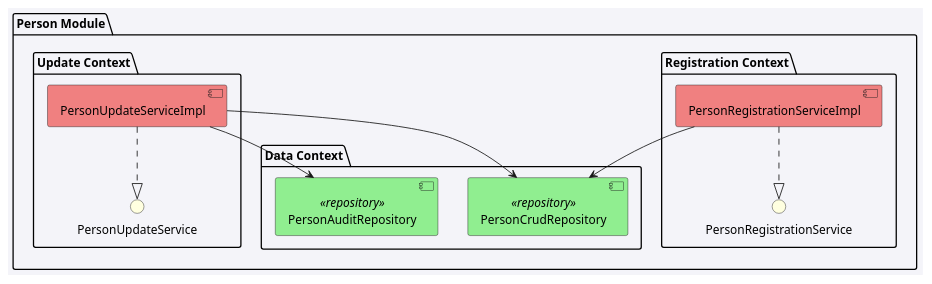
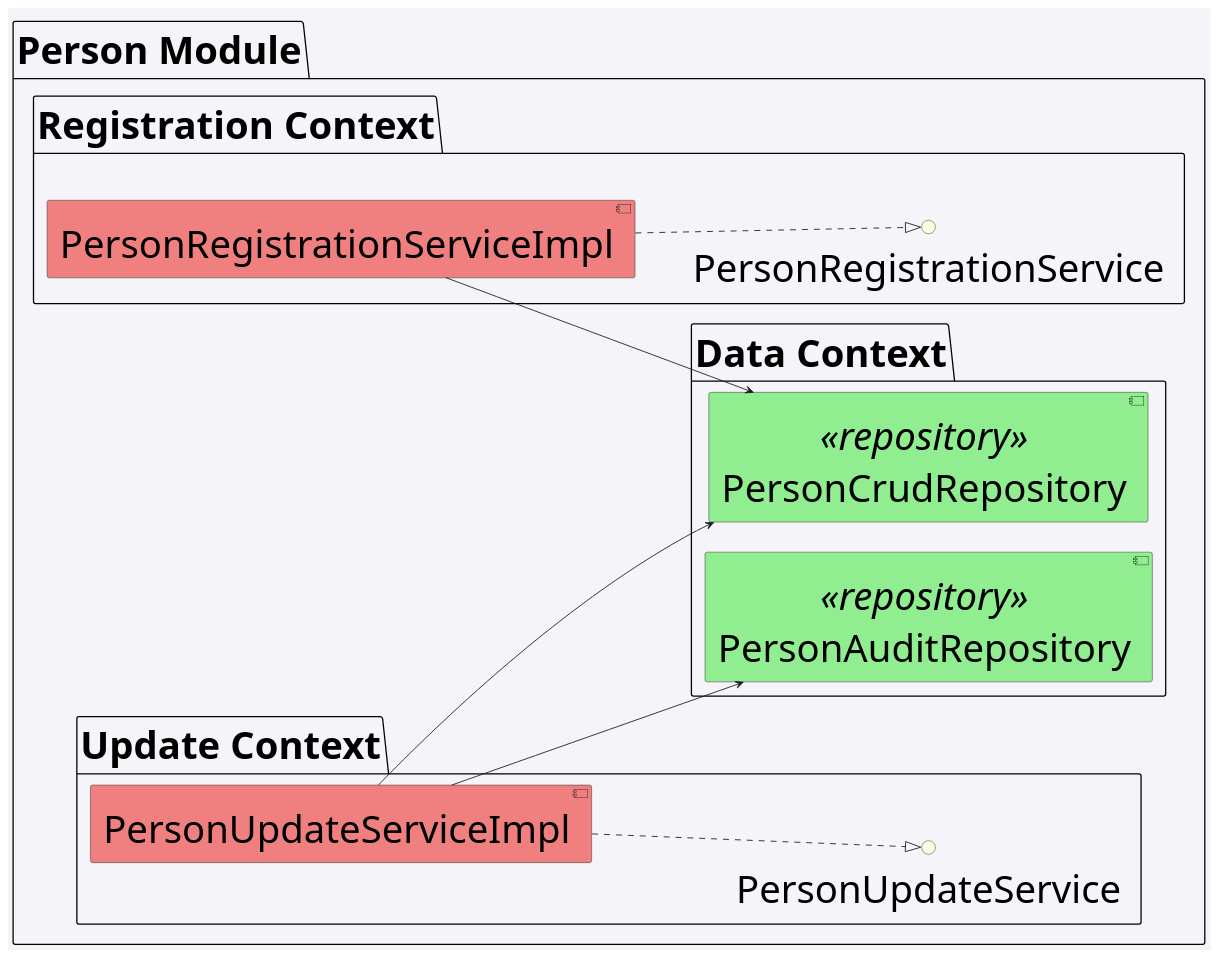
Before and after one commit to LazaroDamasceno/Dissertacao-Mestrado: the diagram in codes/component_diagram_person.wsd, drawn with PlantUML. The commit also changed 15 other files, not shown here.

```diff
--- a/codes/component_diagram_person.wsd
+++ b/codes/component_diagram_person.wsd
@@ -1,32 +1,34 @@
 @startuml
 
 skinparam backgroundColor #f4f4f9
 skinparam componentStyle uml2
+skinparam defaultFontSize 45
+left to right direction
 
 package "Person Module" {
 
     package "Data Context" {
         component "PersonCrudRepository" <<repository>> #lightgreen
         component "PersonAuditRepository" <<repository>> #lightgreen
     }
 
     package "Registration Context" {
         interface PersonRegistrationService #lightyellow
         component PersonRegistrationServiceImpl #lightcoral
 
         PersonRegistrationServiceImpl ..|> PersonRegistrationService
         PersonRegistrationServiceImpl --> PersonCrudRepository
     }
 
     package "Update Context" {
         interface PersonUpdateService #lightyellow
         component PersonUpdateServiceImpl #lightcoral
 
         PersonUpdateServiceImpl ..|> PersonUpdateService
         PersonUpdateServiceImpl --> PersonCrudRepository
         PersonUpdateServiceImpl --> PersonAuditRepository
     }
 
 }
 
 @enduml
```
